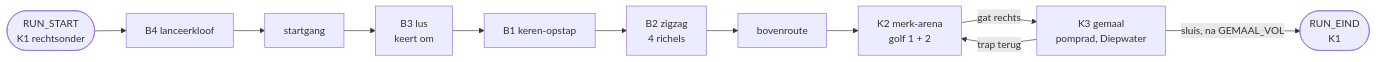
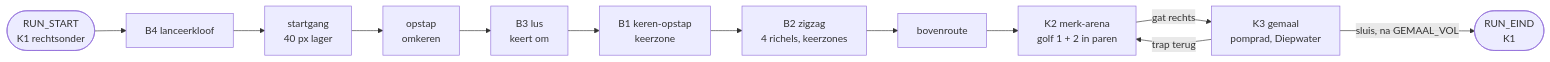
One commit to cesarvangerwen-glitch/echoborn changed the diagram in docs/design/kamers/flowkamer.md. Above: the diagram before and after it, drawn with Mermaid. The commit also changed other lines of this file and 7 other files, not shown here.

First line of the commit message:
[World & Level Designer] Flow-kamer na F0, deel 1: B1/B2 met keerzone, K2 in paren (#176) (#179)

````diff
--- a/docs/design/kamers/flowkamer.md
+++ b/docs/design/kamers/flowkamer.md
@@ -19,8 +21,8 @@
 ```mermaid
 flowchart LR
-    S([RUN_START<br/>K1 rechtsonder]) --> B4[B4 lanceerkloof] --> G[startgang] --> B3[B3 lus<br/>keert om] --> B1[B1 keren-opstap] --> B2[B2 zigzag<br/>4 richels] --> T[bovenroute]
-    T --> K2[K2 merk-arena<br/>golf 1 + 2]
+    S([RUN_START<br/>K1 rechtsonder]) --> B4[B4 lanceerkloof] --> G[startgang<br/>40 px lager] --> O[opstap<br/>omkeren] --> B3[B3 lus<br/>keert om] --> B1[B1 keren-opstap<br/>keerzone] --> B2[B2 zigzag<br/>4 richels, keerzones] --> T[bovenroute]
+    T --> K2[K2 merk-arena<br/>golf 1 + 2 in paren]
     K2 -- gat rechts --> K3[K3 gemaal<br/>pomprad, Diepwater]
     K3 -- trap terug --> K2
     K3 -- sluis, na GEMAAL_VOL --> E([RUN_EIND<br/>K1])
 ```
````
